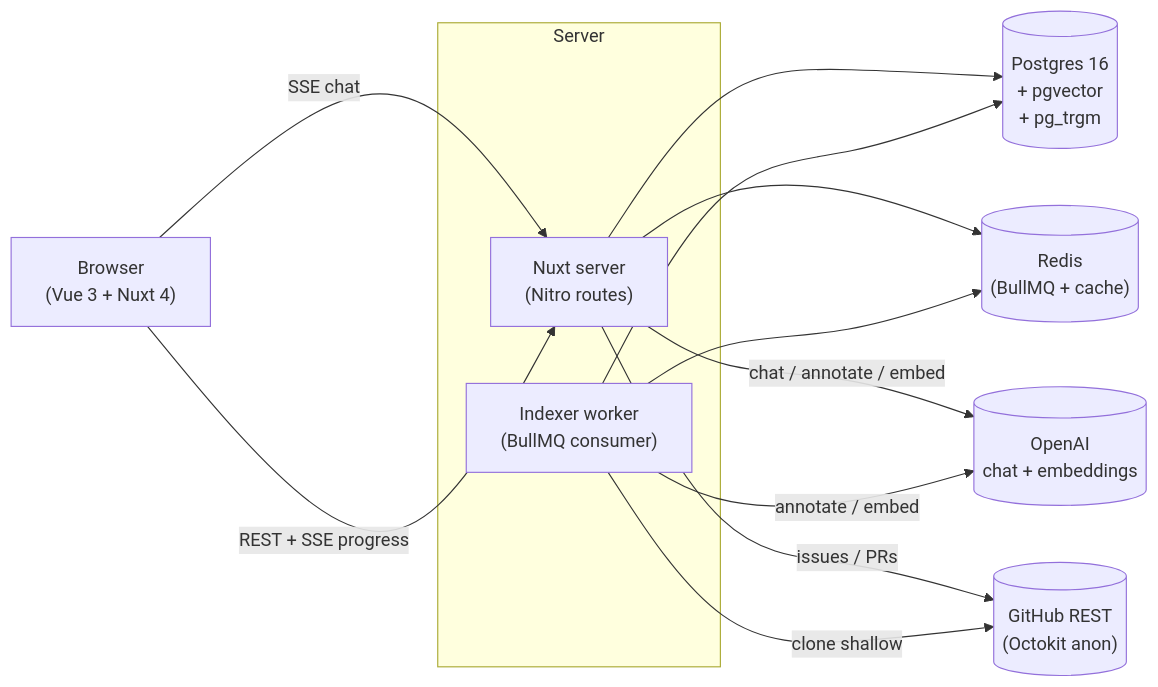
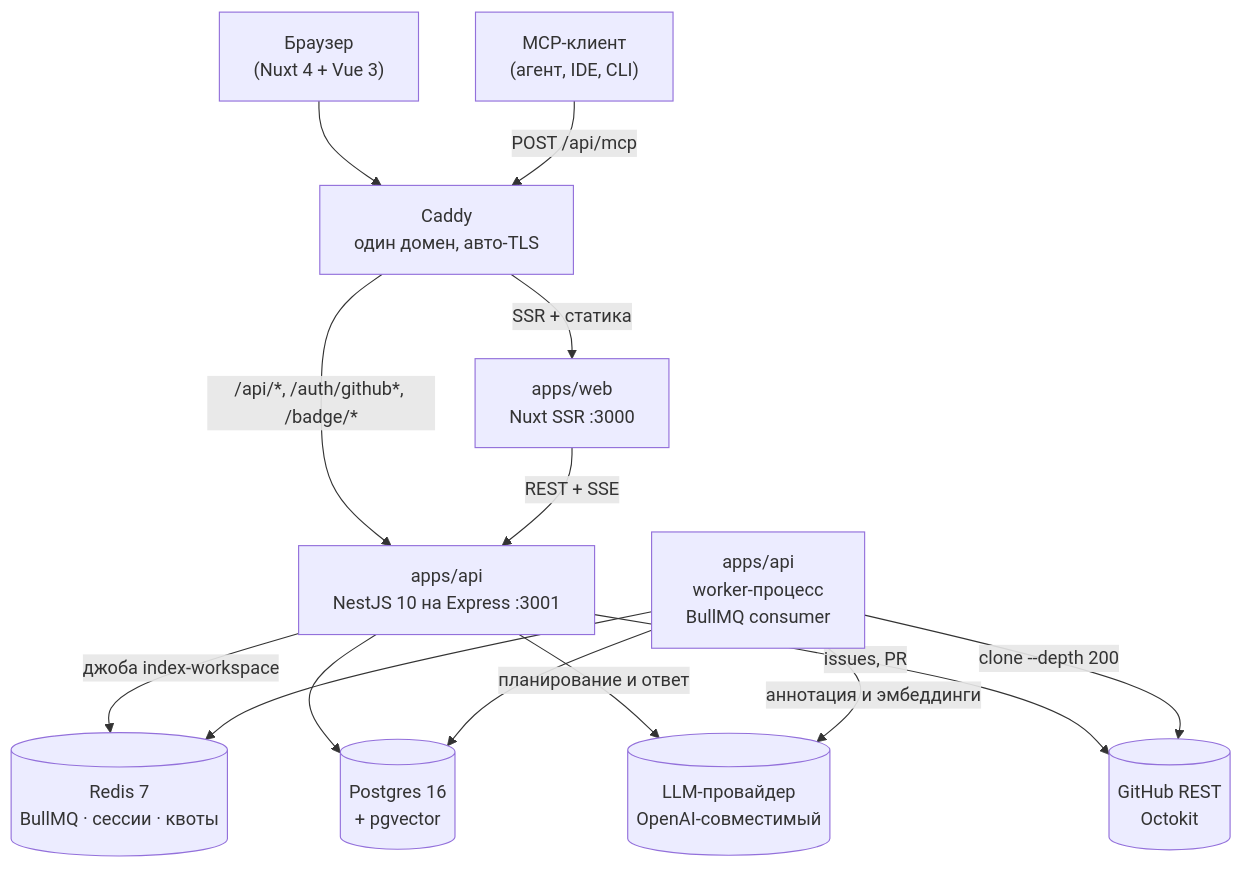
The diagram in README.ru.md (psyspeedi/repobuddy), drawn with Mermaid before and after one commit. The commit also changed other lines of this file and 7 other files, not shown here.

````diff
--- a/README.ru.md
+++ b/README.ru.md
@@ -52,19 +54,25 @@
 ```mermaid
-flowchart LR
-    Browser["Browser<br/>(Vue 3 + Nuxt 4)"] -->|SSE chat| Web
-    Browser -->|REST + SSE progress| Web
+flowchart TB
+    Browser["Браузер<br/>(Nuxt 4 + Vue 3)"]
+    Agent["MCP-клиент<br/>(агент, IDE, CLI)"]
 
-    subgraph Server
-      Web["Nuxt server<br/>(Nitro routes)"]
-      Worker["Indexer worker<br/>(BullMQ consumer)"]
-    end
+    Browser --> Caddy["Caddy<br/>один домен, авто-TLS"]
+    Agent -->|"POST /api/mcp"| Caddy
 
-    Web --> Postgres[("Postgres 16<br/>+ pgvector<br/>+ pg_trgm")]
-    Worker --> Postgres
-    Web --> Redis[("Redis<br/>(BullMQ + cache)")]
-    Worker --> Redis
-    Web -->|chat / annotate / embed| OpenAI[("OpenAI<br/>chat + embeddings")]
-    Worker -->|annotate / embed| OpenAI
-    Web -->|issues / PRs| GitHub[("GitHub REST<br/>(Octokit anon)")]
-    Worker -->|clone shallow| GitHub
+    Caddy -->|"SSR + статика"| Web["apps/web<br/>Nuxt SSR :3000"]
+    Caddy -->|"/api/*, /auth/github*, /badge/*"| Api["apps/api<br/>NestJS 10 на Express :3001"]
+
+    Web -->|"REST + SSE"| Api
+
+    Api -->|"джоба index-workspace"| Redis[("Redis 7<br/>BullMQ · сессии · квоты")]
+    Worker["apps/api<br/>worker-процесс<br/>BullMQ consumer"] --> Redis
+
+    Api --> PG[("Postgres 16<br/>+ pgvector")]
+    Worker --> PG
+
+    Api -->|"планирование и ответ"| LLM[("LLM-провайдер<br/>OpenAI-совместимый")]
+    Worker -->|"аннотация и эмбеддинги"| LLM
+
+    Api -->|"issues, PR"| GH[("GitHub REST<br/>Octokit")]
+    Worker -->|"clone --depth 200"| GH
 ```
````
